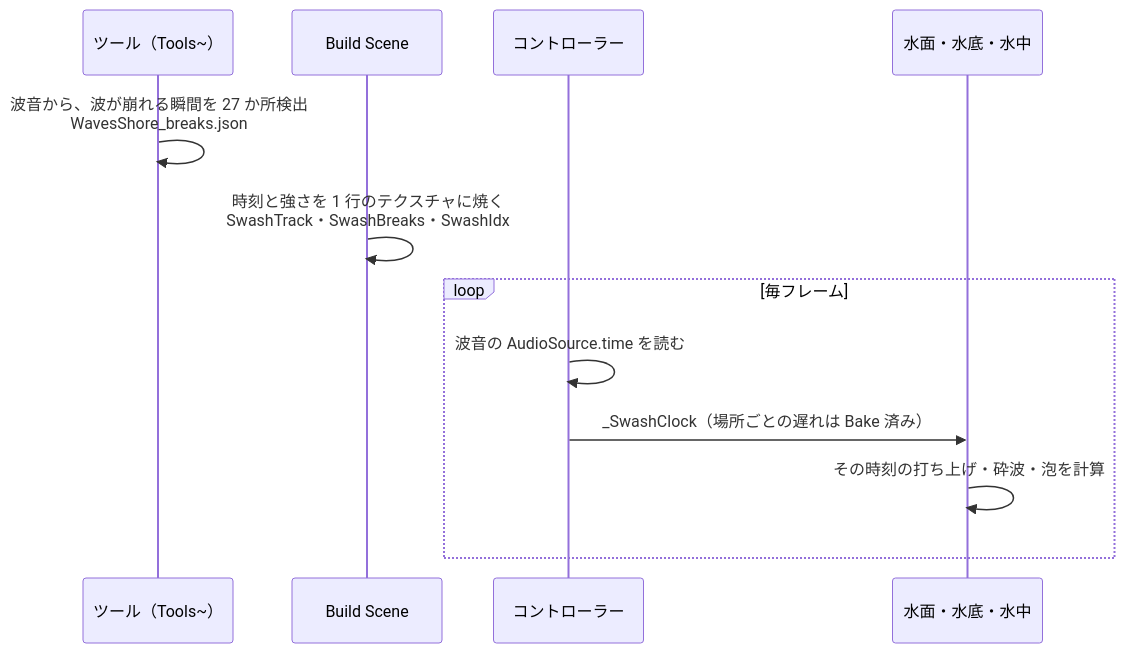
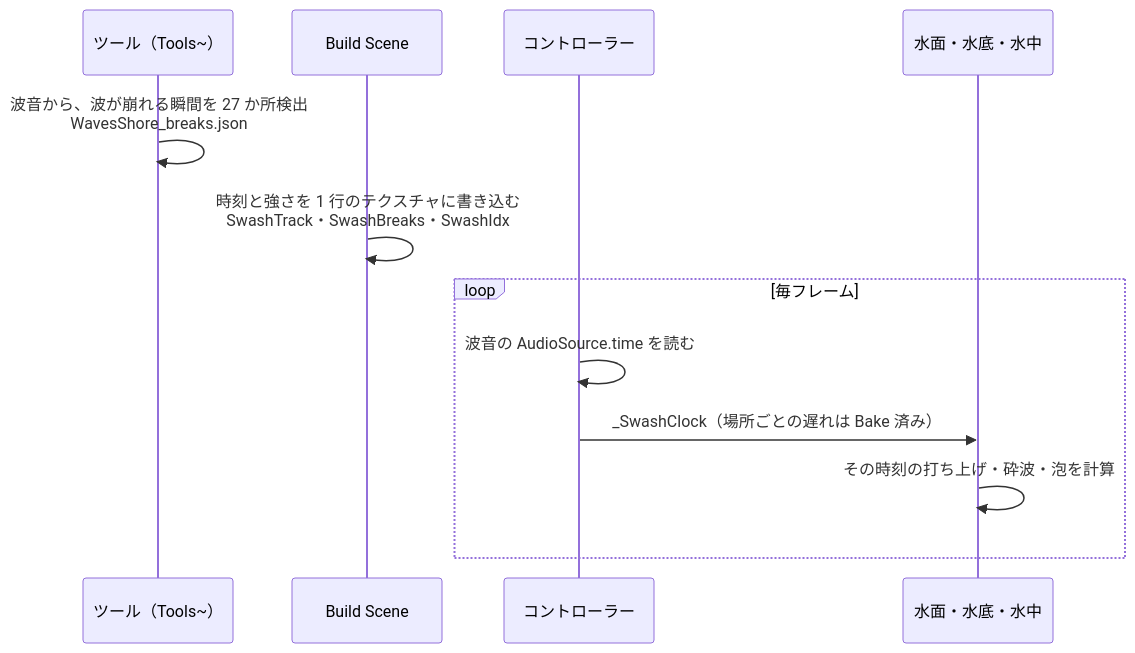
Before and after one commit to bmbb93/clearwater-vrc: the sixth of 11 diagrams in docs/technical.md, drawn with Mermaid. The commit also changed other lines of this file and 8 other files, not shown here.

````diff
--- a/docs/technical.md
+++ b/docs/technical.md
@@ -312,14 +312,14 @@
 ```mermaid
 sequenceDiagram
   participant T as ツール（Tools~）
   participant E as Build Scene
   participant C as コントローラー
   participant S as 水面・水底・水中
   T->>T: 波音から、波が崩れる瞬間を 27 か所検出<br/>WavesShore_breaks.json
-  E->>E: 時刻と強さを 1 行のテクスチャに焼く<br/>SwashTrack・SwashBreaks・SwashIdx
+  E->>E: 時刻と強さを 1 行のテクスチャに書き込む<br/>SwashTrack・SwashBreaks・SwashIdx
   loop 毎フレーム
     C->>C: 波音の AudioSource.time を読む
     C->>S: _SwashClock（場所ごとの遅れは Bake 済み）
     S->>S: その時刻の打ち上げ・砕波・泡を計算
   end
 ```
````
